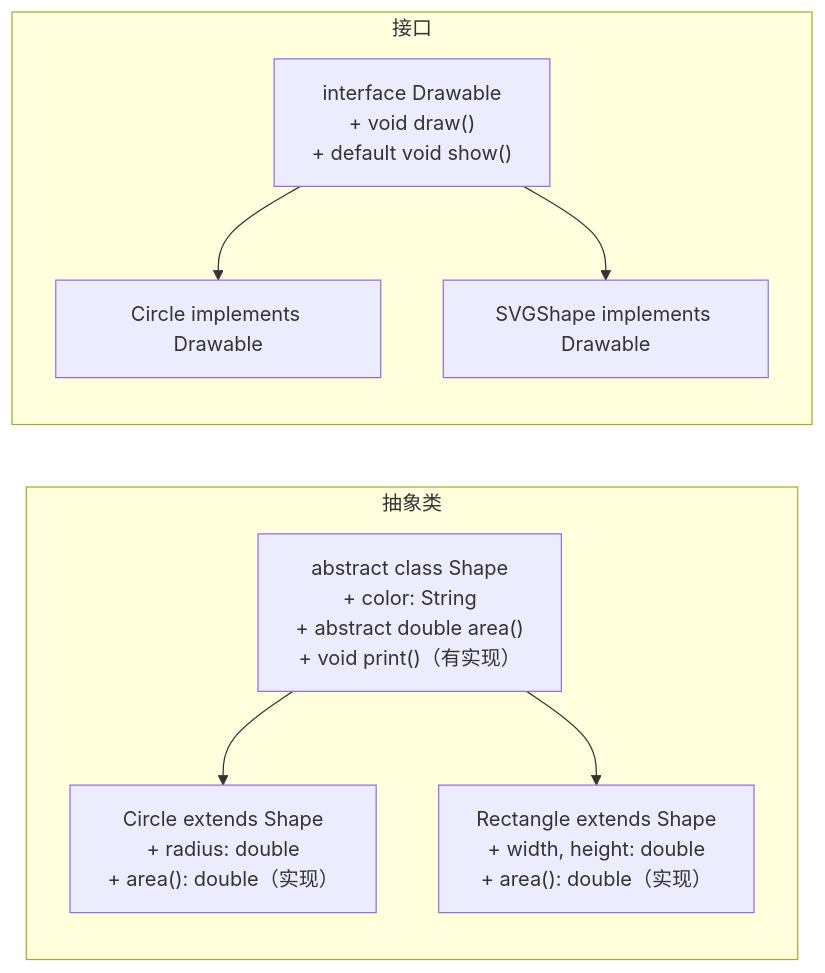
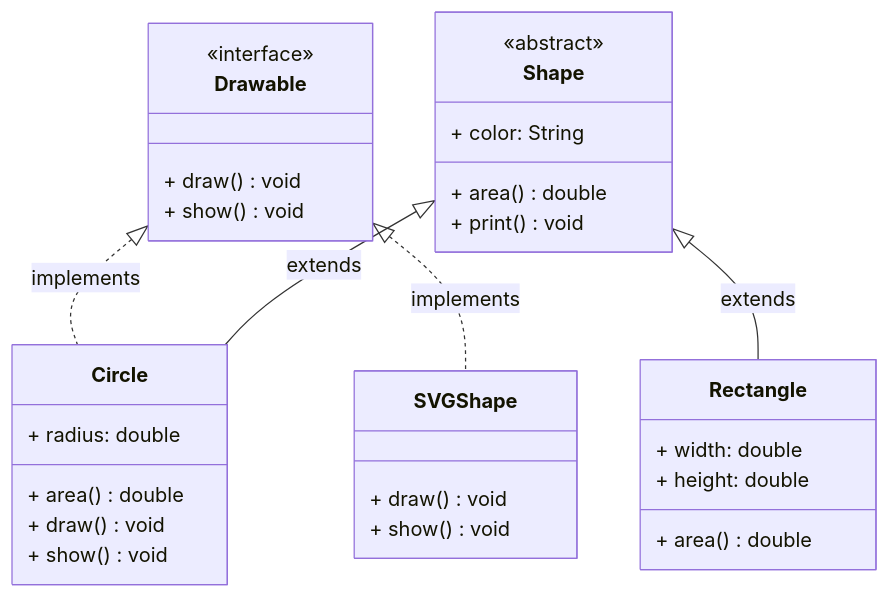
Before and after one commit to b1tzer/b1tzer.github.io: the fifth of 6 diagrams in docs/01-java-basic/01-面向对象.md, drawn with Mermaid. The commit also changed other lines of this file and 3 other files, not shown here.

````diff
--- a/docs/01-java-basic/01-面向对象.md
+++ b/docs/01-java-basic/01-面向对象.md
@@ -377,27 +377,34 @@
 ```mermaid
-flowchart LR
-    subgraph 抽象类
-        AC["abstract class Shape
-            + color: String
-            + abstract double area()
-            + void print()（有实现）"]
-        Circle["Circle extends Shape
-            + radius: double
-            + area(): double（实现）"]
-        Rect["Rectangle extends Shape
-            + width, height: double
-            + area(): double（实现）"]
-        AC --> Circle
-        AC --> Rect
-    end
+classDiagram
+    class Drawable {
+        <<interface>>
+        + draw() void
+        + show() void
+    }
+    class Shape {
+        <<abstract>>
+        + color: String
+        + area() double
+        + print() void
+    }
+    class Circle {
+        + radius: double
+        + area() double
+        + draw() void
+        + show() void
+    }
+    class Rectangle {
+        + width: double
+        + height: double
+        + area() double
+    }
+    class SVGShape {
+        + draw() void
+        + show() void
+    }
 
-    subgraph 接口
-        IP["interface Drawable
-            + void draw()
-            + default void show()"]
-        C2["Circle implements Drawable"]
-        S2["SVGShape implements Drawable"]
-        IP --> C2
-        IP --> S2
-    end
+    Drawable <|.. Circle : implements
+    Drawable <|.. SVGShape : implements
+    Shape <|-- Circle : extends
+    Shape <|-- Rectangle : extends
 ```
````
